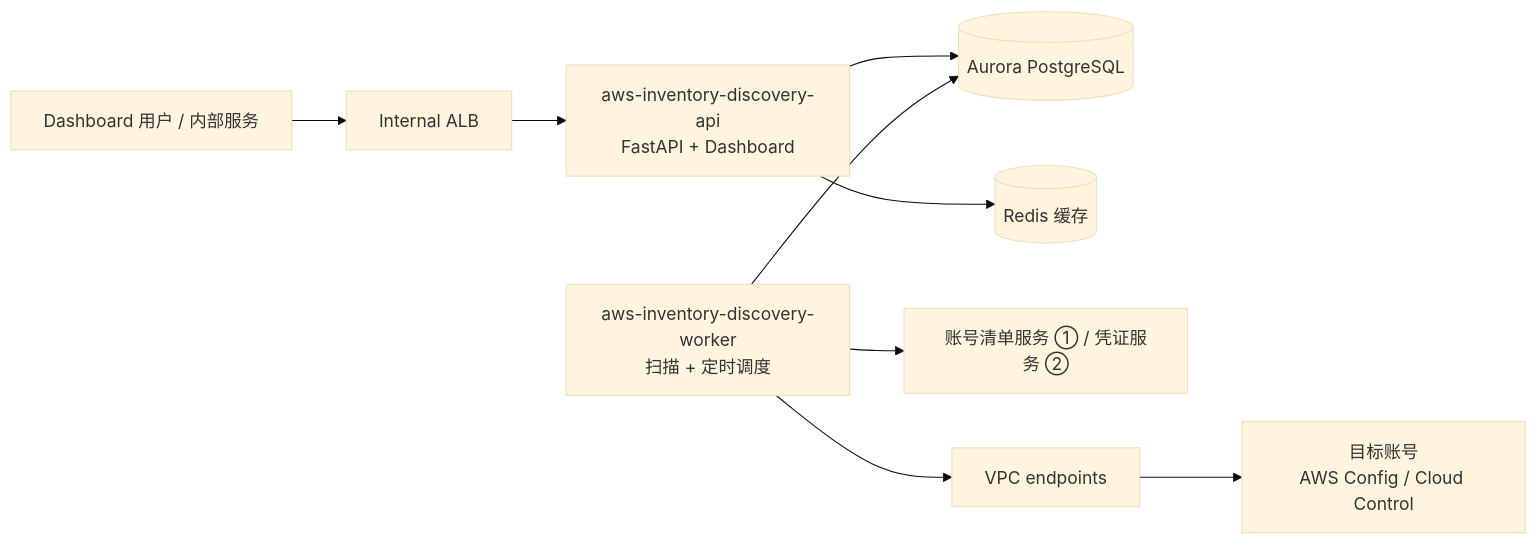
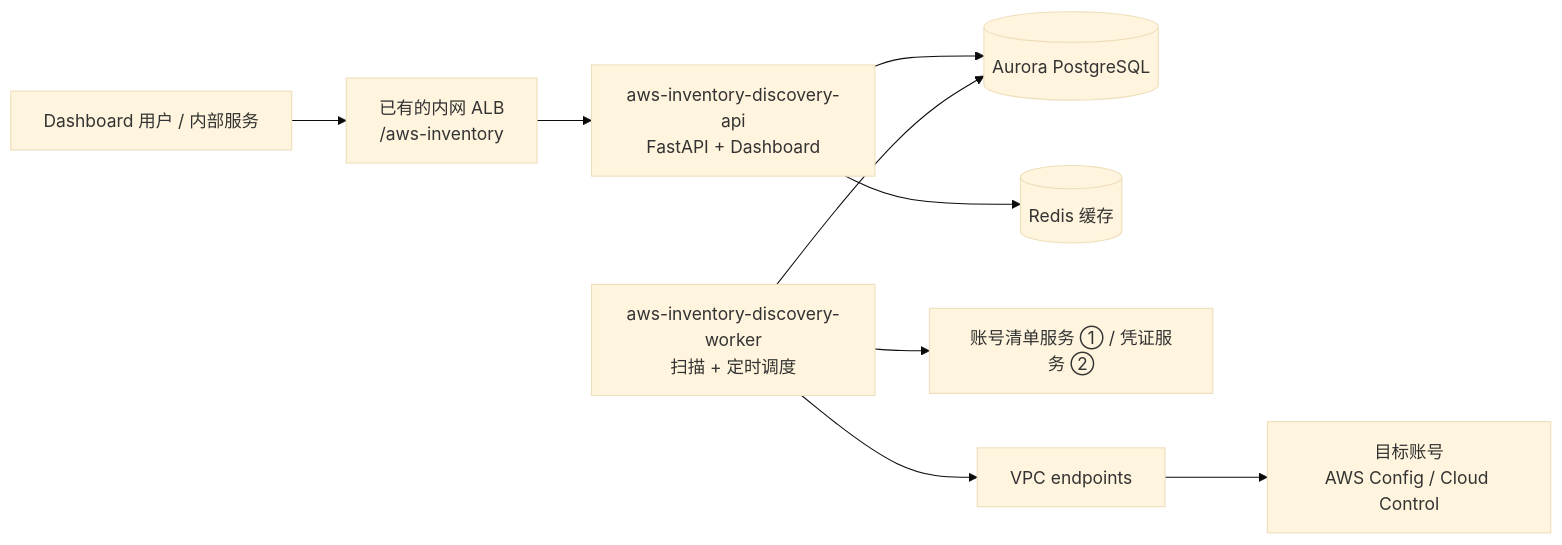
The diagram in README.md (ByteChill/aws-inventory-discovery), drawn with Mermaid (base theme) before and after one commit. The commit also changed other lines of this file and 25 other files, not shown here.

First line of the commit message:
feat: serve everything under /aws-inventory behind the existing ALB

````diff
--- a/README.md
+++ b/README.md
@@ -18,10 +18,10 @@
 ```mermaid
 flowchart LR
-  U[Dashboard 用户 / 内部服务] --> ALB[Internal ALB]
+  U[Dashboard 用户 / 内部服务] --> ALB[已有的内网 ALB<br/>/aws-inventory]
   ALB --> API[aws-inventory-discovery-api<br/>FastAPI + Dashboard]
   API --> PG[(Aurora PostgreSQL)]
   API --> R[(Redis 缓存)]
   W[aws-inventory-discovery-worker<br/>扫描 + 定时调度] --> PG
   W --> SVC[账号清单服务 ① / 凭证服务 ②]
   W --> EP[VPC endpoints] --> T[目标账号<br/>AWS Config / Cloud Control]
 ```
````
